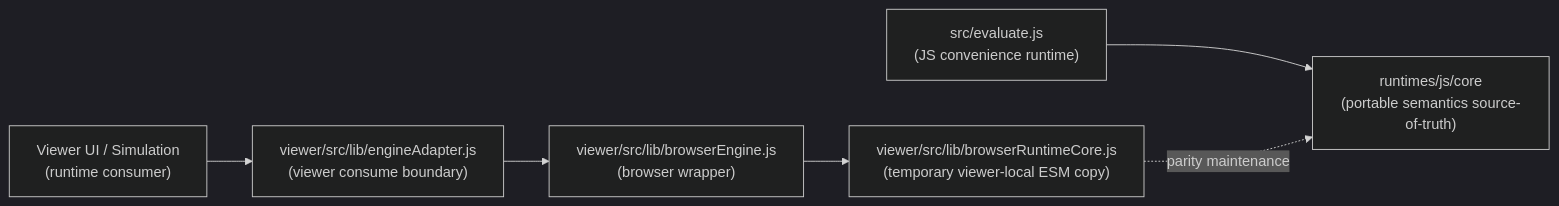
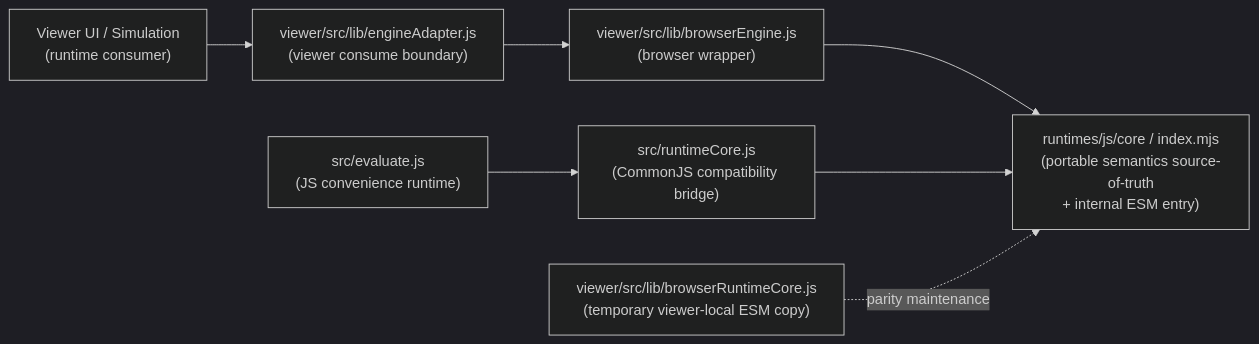
Before and after one commit to tstaisyu/decision-engine-core: the second of 3 diagrams in docs/toolchain-overview.md, drawn with Mermaid (dark theme). The commit also changed 1 other file, not shown here.

Commit message:
Update viewer runtime consume topology docs

````diff
--- a/docs/toolchain-overview.md
+++ b/docs/toolchain-overview.md
@@ -70,16 +70,18 @@
 ```mermaid
 flowchart LR
 
     UI["Viewer UI / Simulation<br/>(runtime consumer)"]
     Adapter["viewer/src/lib/engineAdapter.js<br/>(viewer consume boundary)"]
     Browser["viewer/src/lib/browserEngine.js<br/>(browser wrapper)"]
     Eval["src/evaluate.js<br/>(JS convenience runtime)"]
-    Core["runtimes/js/core<br/>(portable semantics source-of-truth)"]
+    Bridge["src/runtimeCore.js<br/>(CommonJS compatibility bridge)"]
+    Core["runtimes/js/core / index.mjs<br/>(portable semantics source-of-truth<br/>+ internal ESM entry)"]
     Copy["viewer/src/lib/browserRuntimeCore.js<br/>(temporary viewer-local ESM copy)"]
 
     UI --> Adapter
     Adapter --> Browser
-    Browser --> Copy
-    Eval --> Core
+    Browser --> Core
+    Eval --> Bridge
+    Bridge --> Core
     Copy -. parity maintenance .-> Core
 ```
````
